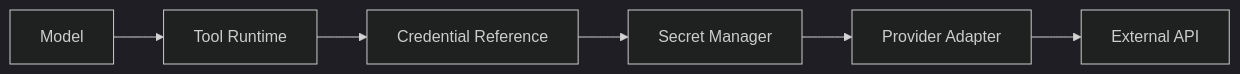
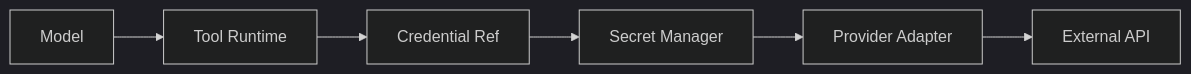
Before and after one commit to D-engahmed/OMILINKS: the third of 3 diagrams in docs/ai/tool-runtime.md, drawn with Mermaid (dark theme). The commit also changed other lines of this file and 1 other file, not shown here.

Commit message:
docs: deepen model routing and tool runtime implementation contracts

````diff
--- a/docs/ai/tool-runtime.md
+++ b/docs/ai/tool-runtime.md
@@ -124,8 +138,8 @@
-```mermaid
+~~~mermaid
 flowchart LR
-    MODEL[Model] --> TOOL[Tool Runtime]
-    TOOL --> CREDREF[Credential Reference]
-    CREDREF --> SECRETS[Secret Manager]
-    SECRETS --> ADAPTER[Provider Adapter]
-    ADAPTER --> PROVIDER[External API]
-```
+MODEL[Model] --> RUNTIME[Tool Runtime]
+RUNTIME --> REF[Credential Ref]
+REF --> SM[Secret Manager]
+SM --> ADAPTER[Provider Adapter]
+ADAPTER --> PROVIDER[External API]
+~~~
````
